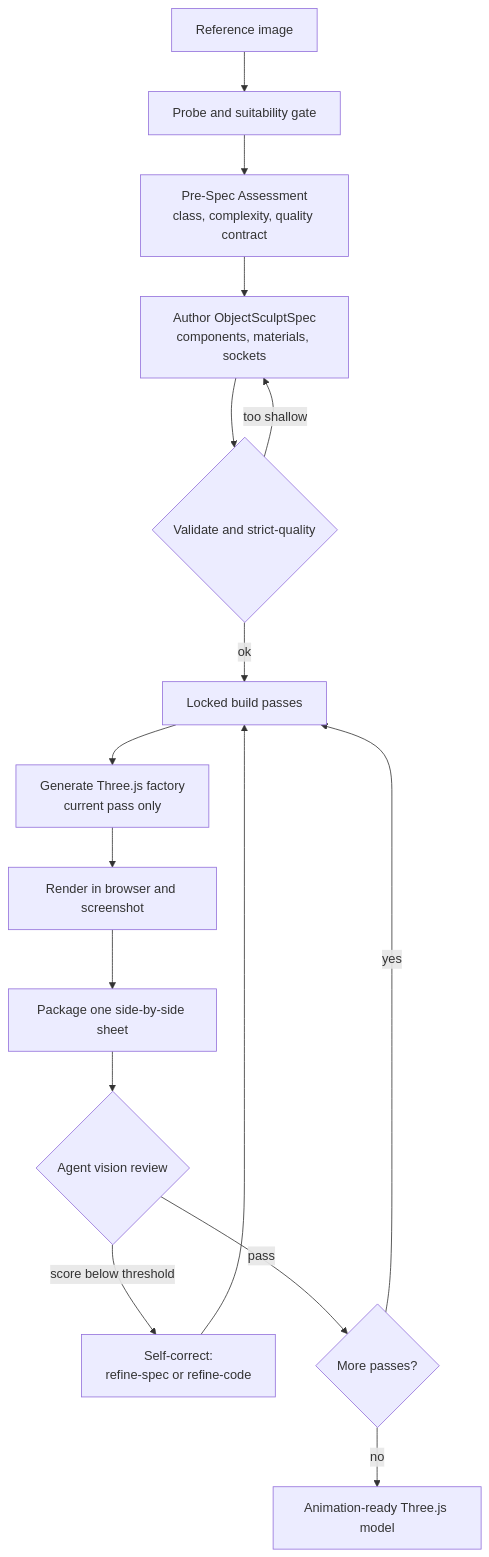
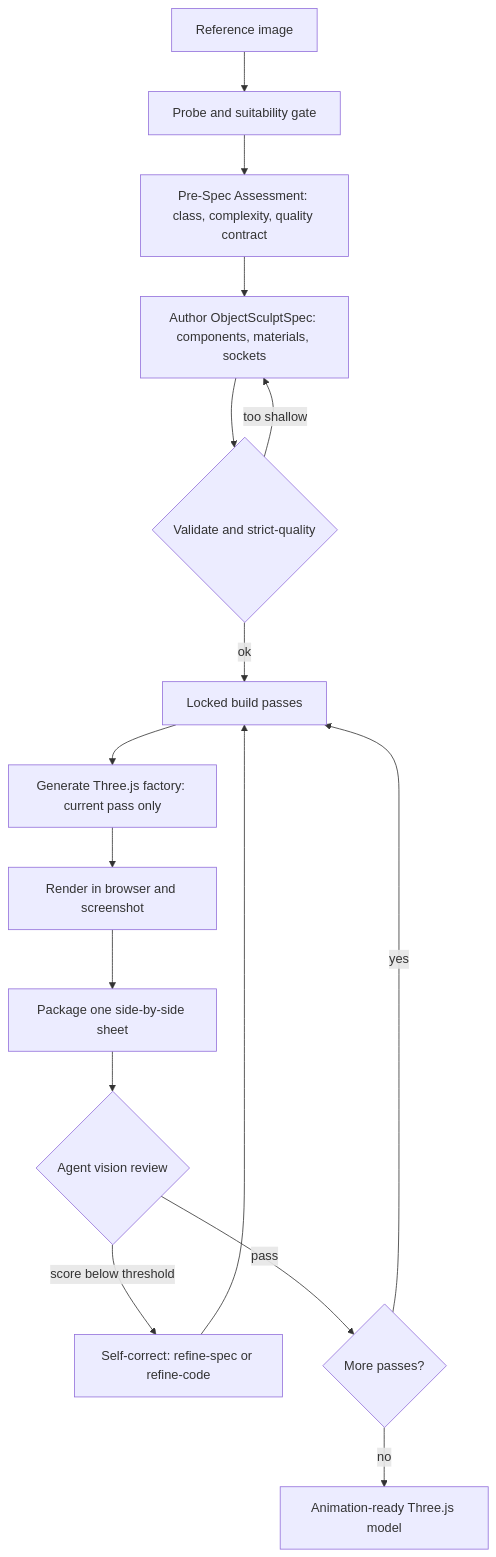
One commit to snape1987/3d changed the diagram in README.md. Above: the diagram before and after it, drawn with Mermaid. The commit also changed other lines of this file and 2 other files, not shown here.

Commit message:
README remake (3D showcase, live-demo links) + public ROADMAP + token-cost doc

````diff
--- a/README.md
+++ b/README.md
@@ -78,18 +60,18 @@
 ```mermaid
 flowchart TD
     A[Reference image] --> B[Probe and suitability gate]
-    B --> C[Pre-Spec Assessment<br/>class, complexity, quality contract]
-    C --> D[Author ObjectSculptSpec<br/>components, materials, sockets]
+    B --> C[Pre-Spec Assessment: class, complexity, quality contract]
+    C --> D[Author ObjectSculptSpec: components, materials, sockets]
     D --> E{Validate and strict-quality}
     E -- too shallow --> D
     E -- ok --> F[Locked build passes]
-    F --> G[Generate Three.js factory<br/>current pass only]
+    F --> G[Generate Three.js factory: current pass only]
     G --> H[Render in browser and screenshot]
     H --> I[Package one side-by-side sheet]
     I --> J{Agent vision review}
-    J -- score below threshold --> K[Self-correct:<br/>refine-spec or refine-code]
+    J -- score below threshold --> K[Self-correct: refine-spec or refine-code]
     K --> F
     J -- pass --> L{More passes?}
     L -- yes --> F
     L -- no --> M[Animation-ready Three.js model]
 ```
````
